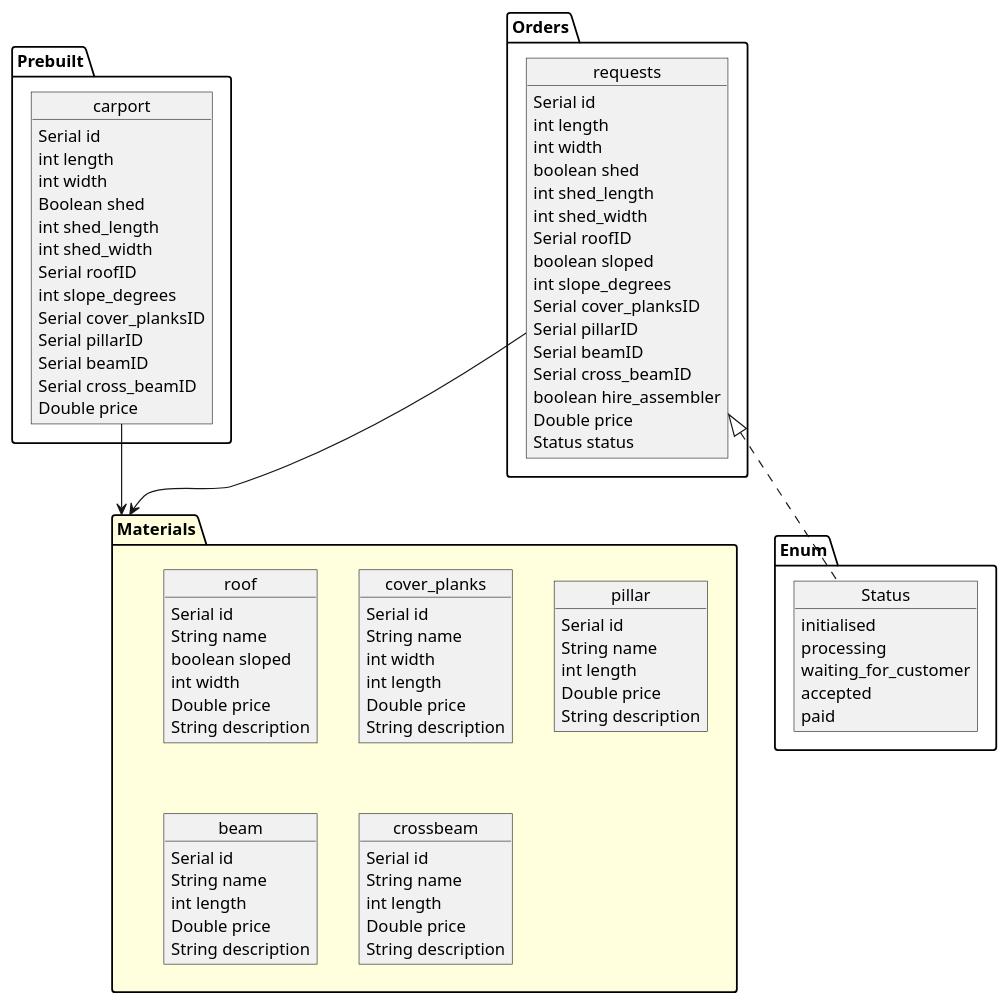
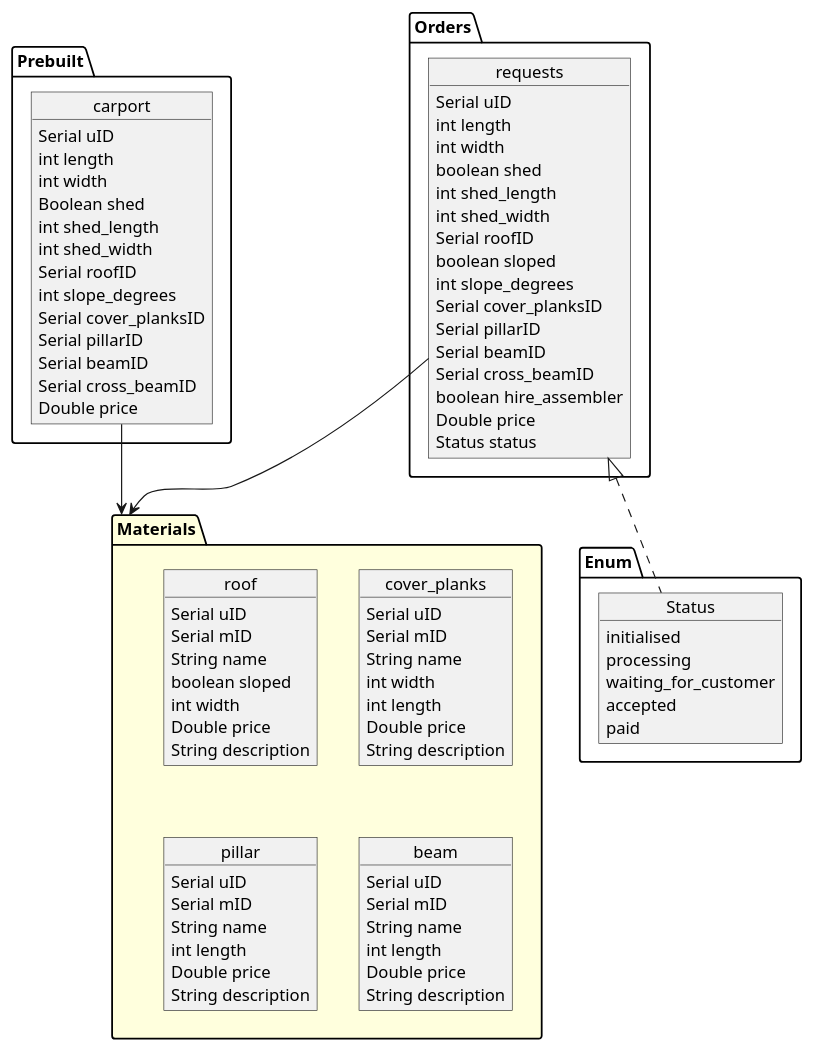
The diagram in docs/UML/To-Be/ERD/ERD.puml (SirRolin/Carport---GroupB), drawn with PlantUML before and after one commit.

Commit message:
included unique ID and material ID

```diff
--- a/docs/UML/To-Be/ERD/ERD.puml
+++ b/docs/UML/To-Be/ERD/ERD.puml
@@ -1,94 +1,91 @@
 @startuml
 package "Materials" #FFD {
     Object roof {
-        Serial id
+        Serial uID
+        Serial mID
         String name
         boolean sloped
         int width
         Double price
         String description
     }
     Object cover_planks {
-        Serial id
+        Serial uID
+        Serial mID
         String name
         int width
         int length
         Double price
         String description
     }
     Object pillar {
-        Serial id
+        Serial uID
+        Serial mID
         String name
         int length
         Double price
         String description
     }
     Object beam {
-        Serial id
-        String name
-        int length
-        Double price
-        String description
-    }
-    Object crossbeam {
-        Serial id
+        Serial uID
+        Serial mID
         String name
         int length
         Double price
         String description
     }
 }
 
 package "Prebuilt" {
     Object carport {
-        Serial id
+        Serial uID
         int length
         int width
         Boolean shed
         int shed_length
         int shed_width
         Serial roofID
         int slope_degrees
         Serial cover_planksID
         Serial pillarID
         Serial beamID
         Serial cross_beamID
         Double price
     }
 }
 
 package "Orders" {
     Object requests {
-        Serial id
+        Serial uID
         int length
         int width
         boolean shed
         int shed_length
         int shed_width
         Serial roofID
         boolean sloped
         int slope_degrees
         Serial cover_planksID
         Serial pillarID
         Serial beamID
         Serial cross_beamID
         boolean hire_assembler
         Double price
         Status status
     }
 }
 
 package Enum {
     Object Status {
         initialised
         processing
         waiting_for_customer
         accepted
         paid
     }
 }
 
 requests <|.. Status
 requests --> Materials
 carport --> Materials
 @enduml
```
